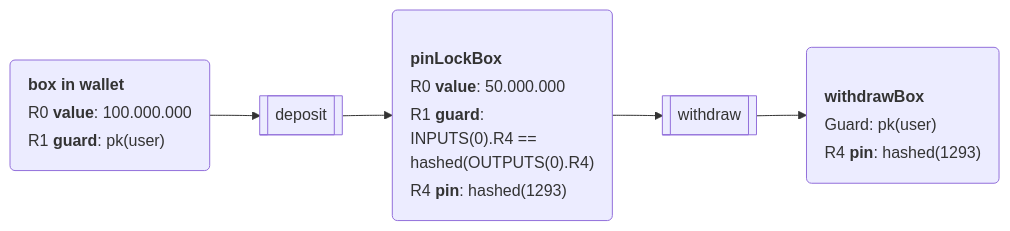
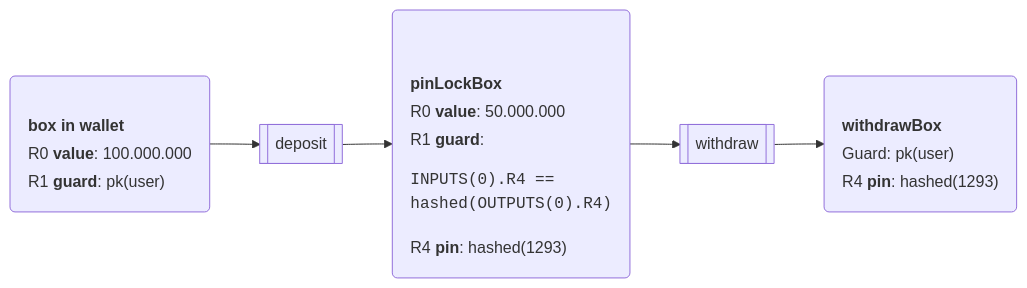
One commit to RalfWeiss/ergo-course-summary changed the diagram in ergoscript/example-contracts/pinLockContract.md. Above: the diagram before and after it, drawn with Mermaid.

Commit message:
guard modified

````diff
--- a/ergoscript/example-contracts/pinLockContract.md
+++ b/ergoscript/example-contracts/pinLockContract.md
@@ -30,33 +30,33 @@
 ```mermaid
 flowchart LR
 
   %% adjust margin-top: lines = 5; margin-top -12ex --> (lines-1) * 3 ex
-  wallet("<table style='text-align:left; margin-top: -12ex; margin-bottom: 0;' > 
+  wallet("<table style='text-align:left; margin-top: -9ex; margin-bottom: 0;' > 
     <tr><th '><b>box in wallet</b></th></tr> 
     <tr><td >R0 <b>value</b>: 100.000.000</td></tr>     
     <tr><td >R1 <b>guard</b>: pk(user)</td></tr> 
     </table>  ")
 
   %% adjust margin-top: lines = 5; margin-top -12ex --> (lines-1) * 3 ex
-  pinLockBox("<table style='text-align:left; margin-top: -12ex; margin-bottom: 0;' > 
+  pinLockBox("<table style='text-align:left; margin-top: -9ex; margin-bottom: 0;' > 
     <tr><th '><b>pinLockBox</b></th></tr> 
     <tr><td >R0 <b>value</b>: 50.000.000</td></tr> 
-    <tr><td >R1 <b>guard</b>: <br/>INPUTS(0).R4 == <br/>hashed(OUTPUTS(0).R4)</td></tr> 
+    <tr><td >R1 <b>guard</b>: <br/><pre>INPUTS(0).R4 == <br/>hashed(OUTPUTS(0).R4)</pre></td></tr> 
     <tr><td >R4 <b>pin</b>: hashed(1293)</td></tr>     
     </table>  ")
 
   %% adjust margin-top: lines = 5; margin-top -12ex --> (lines-1) * 3 ex
   withdrawBox("<table style='text-align:left; margin-top: -9ex; margin-bottom: 0;' > 
     <tr><th '><b>withdrawBox</b></th></tr> 
     <tr><td >Guard: pk(user)</td></tr> 
     <tr><td >R4 <b>pin</b>: hashed(1293)</td></tr>
     </table>  ")
 
 
   TDeposit[["deposit"]]
   TWithdraw[["withdraw"]]
 
 
   wallet --> TDeposit --> pinLockBox --> TWithdraw --> withdrawBox
 
 ```
````
